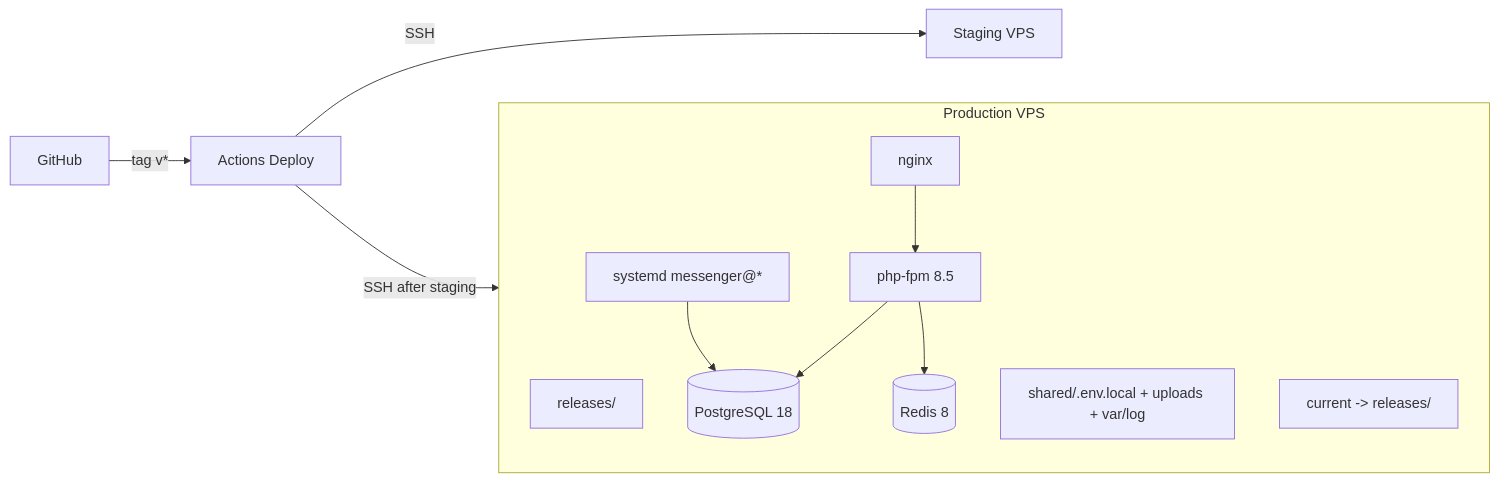
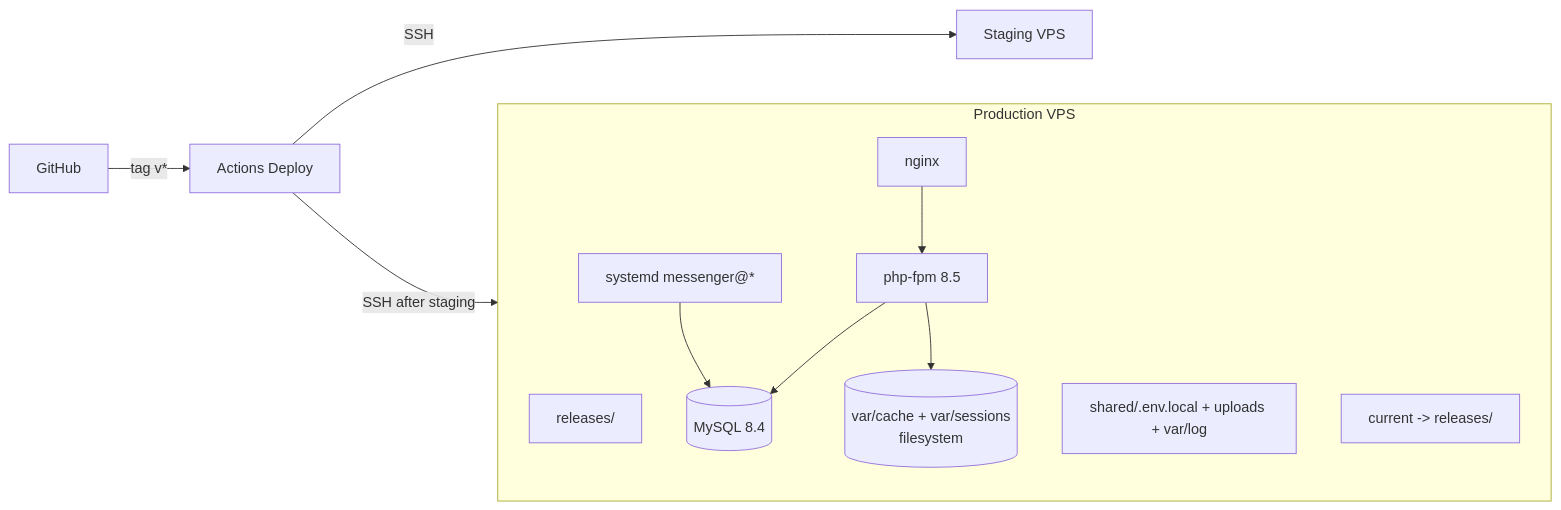
The ninth of 9 diagrams in docs/02-architecture.md (ariestop/zaborprofil), drawn with Mermaid before and after one commit. The commit also changed other lines of this file and 50 other files, not shown here.

Commit message:
docs: rewrite documentation for MySQL and filesystem cache; keep unique live page path via generated column

````diff
--- a/docs/02-architecture.md
+++ b/docs/02-architecture.md
@@ -237,23 +237,23 @@
 ```mermaid
 flowchart LR
     GH[GitHub] -->|tag v*| Actions[Actions Deploy]
     Actions -->|SSH| StagingVPS[Staging VPS]
     Actions -->|SSH after staging| ProdVPS[Production VPS]
 
     subgraph ProdVPS[Production VPS]
         direction TB
         Releases[releases/<ts>]
         Shared[shared/.env.local + uploads + var/log]
         Current[current -> releases/<ts>]
         Nginx2[nginx]
         Php2[php-fpm 8.5]
         Worker2[systemd messenger@*]
-        Pg2[(PostgreSQL 18)]
-        Redis2[(Redis 8)]
+        MySQL2[(MySQL 8.4)]
+        FileCache2[(var/cache + var/sessions<br/>filesystem)]
     end
 
     Nginx2 --> Php2
-    Php2 --> Pg2
-    Php2 --> Redis2
-    Worker2 --> Pg2
+    Php2 --> MySQL2
+    Php2 --> FileCache2
+    Worker2 --> MySQL2
 ```
````
